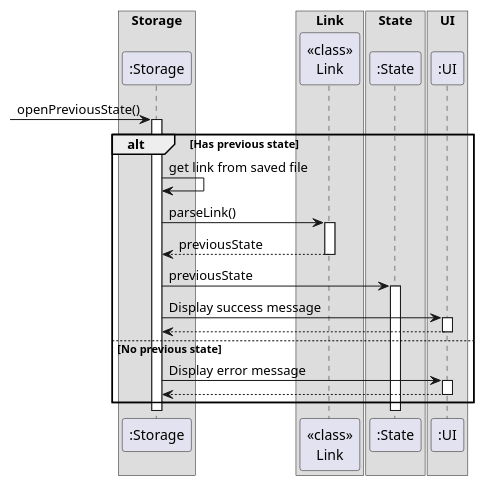
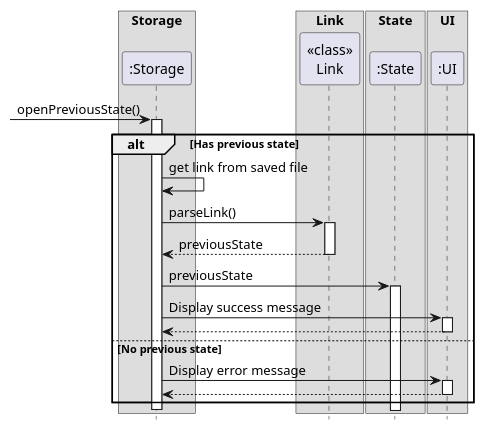
The diagram in docs/UMLdiagrams/storageOpenPreviousState.puml (nus-cs2113-AY2223S1/tp), drawn with PlantUML before and after one commit. The commit also changed 6 other files, not shown here.

```diff
--- a/docs/UMLdiagrams/storageOpenPreviousState.puml
+++ b/docs/UMLdiagrams/storageOpenPreviousState.puml
@@ -1,34 +1,38 @@
 @startuml
 'https://plantuml.com/sequence-diagram
+hide footbox
+
 box Storage
-Participant ":Storage" as Storage
+Participant ":Storage" as Storage order 2
 end box
 box Link
-Participant "<<class>>\nLink" as Link
+Participant "<<class>>\nLink" as Link order 3
 end box
 box State
-Participant ":State" as State
+Participant ":State" as State order 4
 end box
 box UI
-Participant ":UI" as UI
+Participant ":UI" as UI order 5
 end box
 
-->Storage:openPreviousState()
+
+-> Storage:openPreviousState()
 activate Storage
 alt Has previous state
     Storage -> Storage: get link from saved file
 
     Storage -> Link ++ : parseLink()
     Link --> Storage -- : previousState
 
     Storage -> State ++ : previousState
     Storage -> UI ++ : Display success message
     UI --> Storage
     deactivate UI
 else No previous state
     Storage -> UI ++ : Display error message
     UI --> Storage
     deactivate UI
 end
+deactivate Storage
 
 @enduml
```
